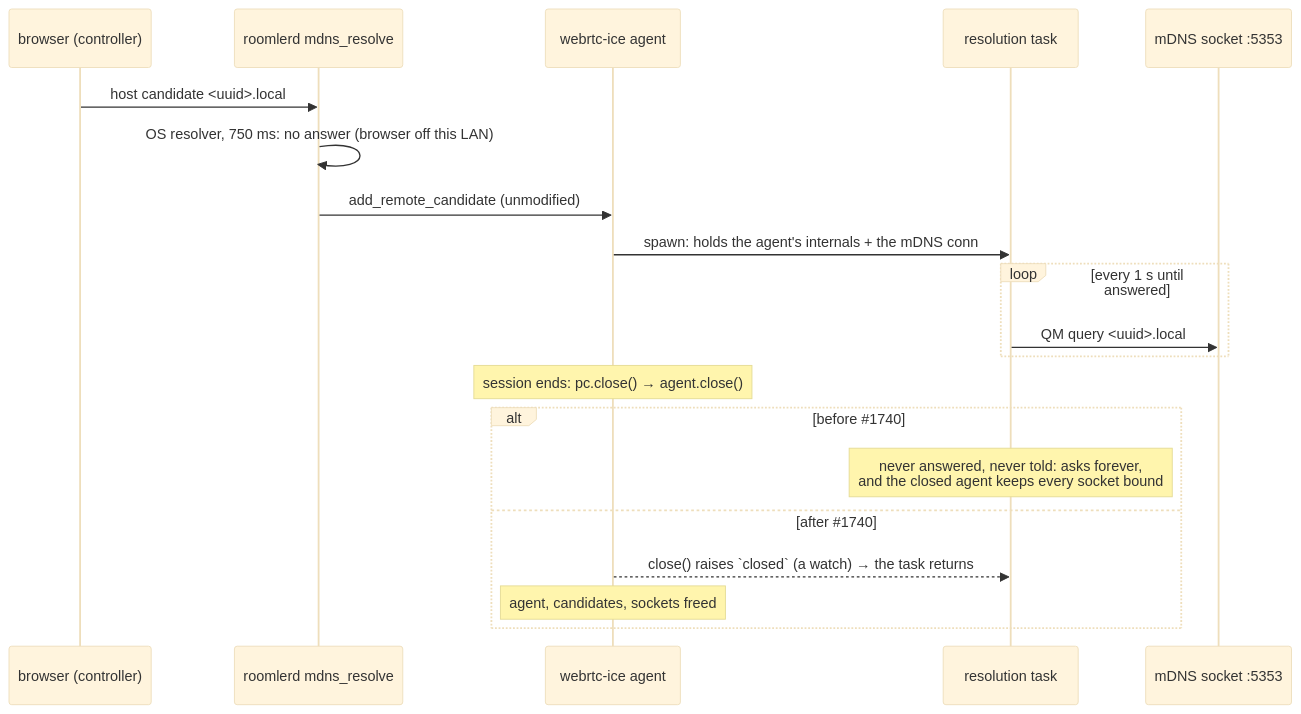
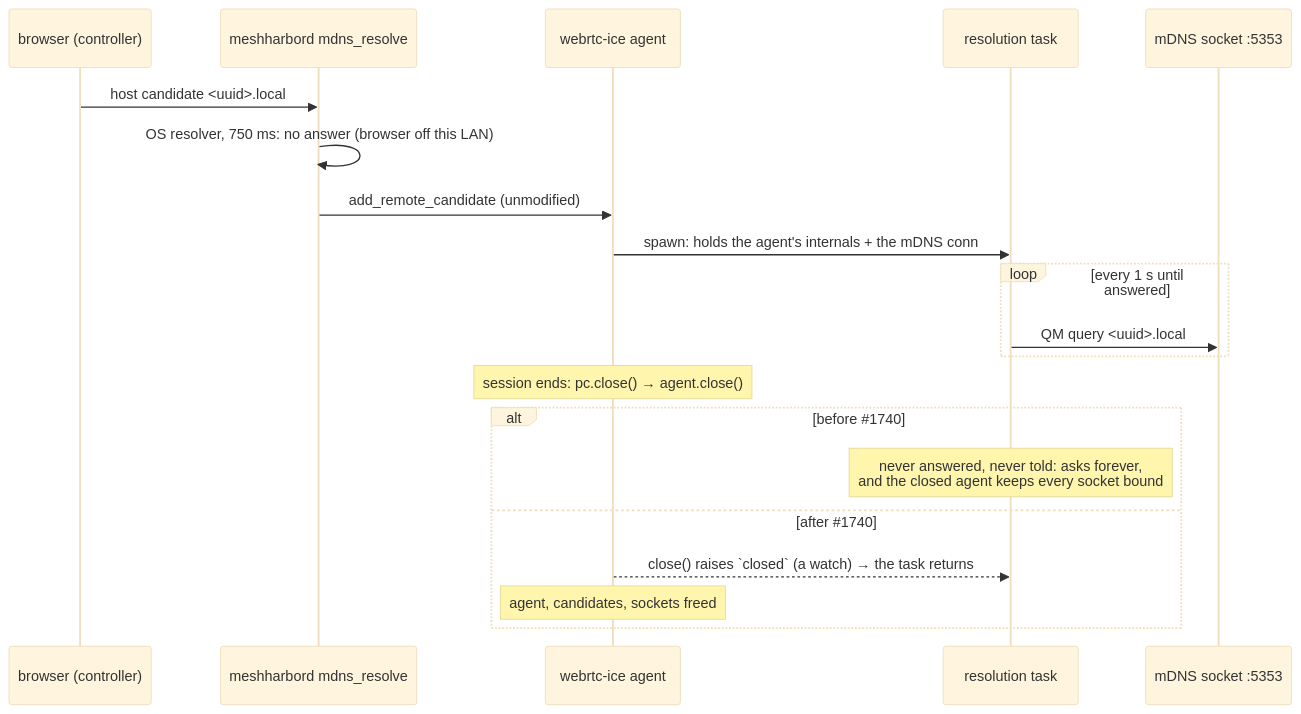
One commit to jk-zhang-meta/MeshHarbor changed the fifth of 14 diagrams in docs/tunnels.md. Above: the diagram before and after it, drawn with Mermaid (base theme). The commit also changed other lines of this file and 682 other files, not shown here.

````diff
--- a/docs/tunnels.md
+++ b/docs/tunnels.md
@@ -227,23 +227,23 @@
 ```mermaid
 sequenceDiagram
     participant B as browser (controller)
-    participant R as roomlerd mdns_resolve
+    participant R as meshharbord mdns_resolve
     participant A as webrtc-ice agent
     participant Q as resolution task
     participant M as mDNS socket :5353
 
     B->>R: host candidate <uuid>.local
     R->>R: OS resolver, 750 ms: no answer (browser off this LAN)
     R->>A: add_remote_candidate (unmodified)
     A->>Q: spawn: holds the agent's internals + the mDNS conn
     loop every 1 s until answered
         Q->>M: QM query <uuid>.local
     end
     Note over A: session ends: pc.close() → agent.close()
     alt before #35;1740
         Note over Q: never answered, never told: asks forever,<br/>and the closed agent keeps every socket bound
     else after #35;1740
         A-->>Q: close() raises `closed` (a watch) → the task returns
         Note over A: agent, candidates, sockets freed
     end
 ```
````
